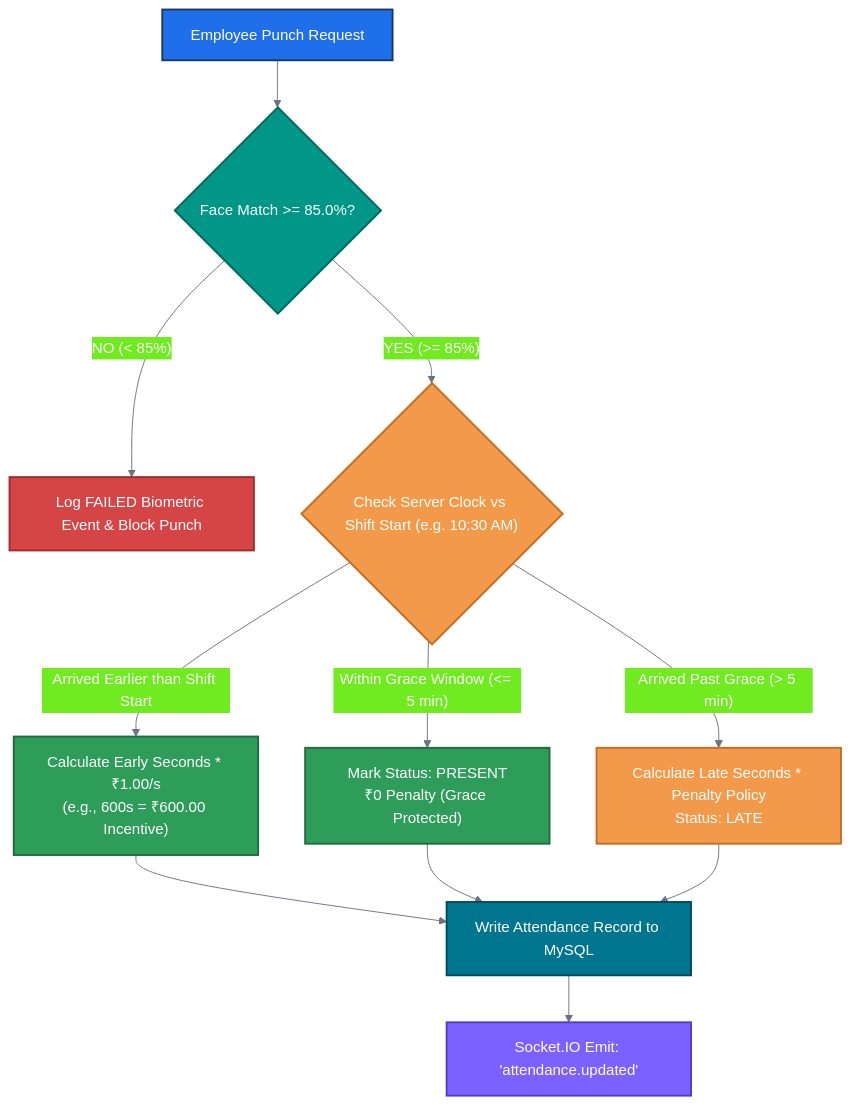
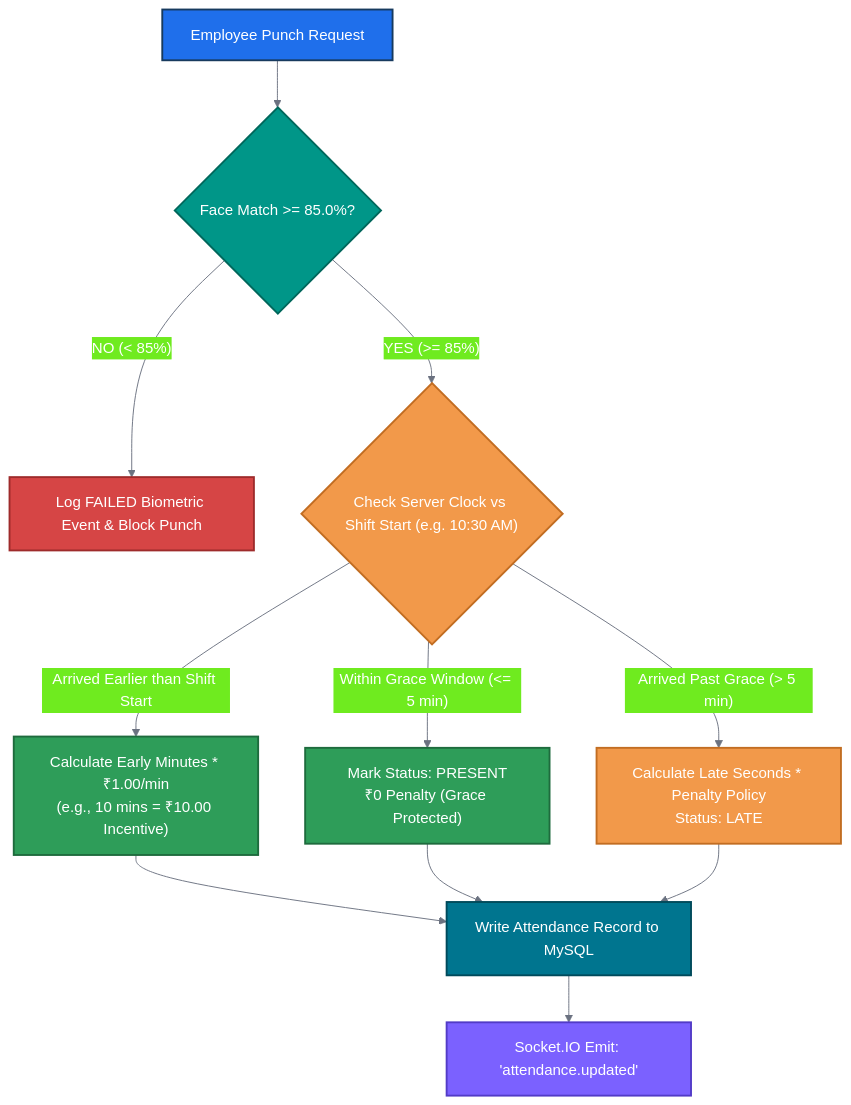
Diagram 13 of 22 in README.md (BSC-TEXTILES/BSC_Textiles_HRMS_Project), drawn with Mermaid before and after one commit. The commit also changed other lines of this file and 30 other files, not shown here.

Commit message:
fix Late Attendance &Fine Management policy rate from ₹1/sec to ₹1/min and also Early Login Incentive rate from ₹1.0/sec to ₹1.0/min

````diff
--- a/README.md
+++ b/README.md
@@ -862,26 +862,26 @@
 ```mermaid
 %%{init: {'theme': 'base', 'themeVariables': { 'primaryColor': '#1F6FEB', 'primaryTextColor': '#FFFFFF', 'primaryBorderColor': '#173A5E', 'lineColor': '#6B7280' }}}%%
 flowchart TD
     PUNCH["Employee Punch Request"]:::cBlue --> FACE_GATE{"Face Match >= 85.0%?"}:::cTeal
 
     FACE_GATE -- "NO (< 85%)" --> LOG_FAIL["Log FAILED Biometric Event & Block Punch"]:::cRed
     FACE_GATE -- "YES (>= 85%)" --> CHECK_TIME{"Check Server Clock vs Shift Start (e.g. 10:30 AM)"}:::cOrange
 
-    CHECK_TIME -- "Arrived Earlier than Shift Start" --> CALC_EARLY["Calculate Early Seconds * ₹1.00/s<br/>(e.g., 600s = ₹600.00 Incentive)"]:::cGreen
+    CHECK_TIME -- "Arrived Earlier than Shift Start" --> CALC_EARLY["Calculate Early Minutes * ₹1.00/min<br/>(e.g., 10 mins = ₹10.00 Incentive)"]:::cGreen
     CHECK_TIME -- "Within Grace Window (<= 5 min)" --> GRACE["Mark Status: PRESENT<br/>₹0 Penalty (Grace Protected)"]:::cGreen
     CHECK_TIME -- "Arrived Past Grace (> 5 min)" --> CALC_LATE["Calculate Late Seconds * Penalty Policy<br/>Status: LATE"]:::cOrange
 
     CALC_EARLY --> PERSIST["Write Attendance Record to MySQL"]:::cDb
     GRACE --> PERSIST
     CALC_LATE --> PERSIST
 
     PERSIST --> BROADCAST["Socket.IO Emit: 'attendance.updated'"]:::cPurple
 
     classDef cBlue fill:#1F6FEB,stroke:#173A5E,stroke-width:2px,color:#FFFFFF;
     classDef cGreen fill:#2E9D59,stroke:#1E6B3D,stroke-width:2px,color:#FFFFFF;
     classDef cOrange fill:#F2994A,stroke:#C26D22,stroke-width:2px,color:#FFFFFF;
     classDef cRed fill:#D64545,stroke:#9E2B2B,stroke-width:2px,color:#FFFFFF;
     classDef cPurple fill:#7B61FF,stroke:#523BC7,stroke-width:2px,color:#FFFFFF;
     classDef cTeal fill:#009688,stroke:#00675B,stroke-width:2px,color:#FFFFFF;
     classDef cDb fill:#00758F,stroke:#004A5B,stroke-width:2px,color:#FFFFFF;
 ```
````
